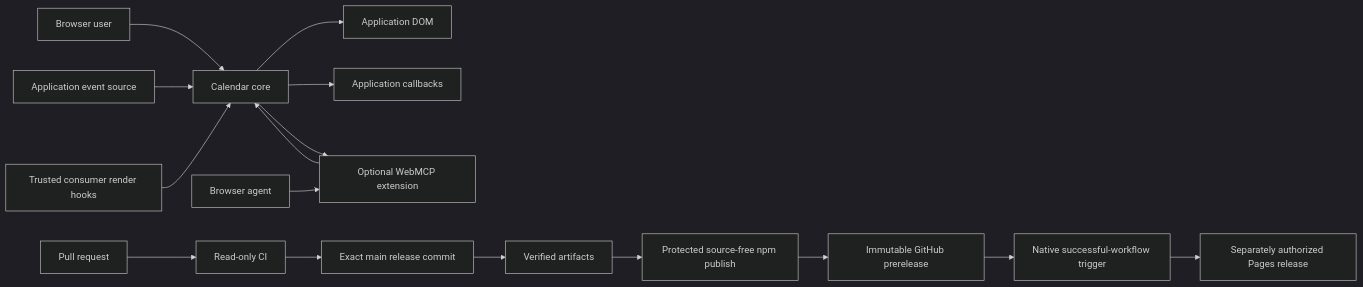
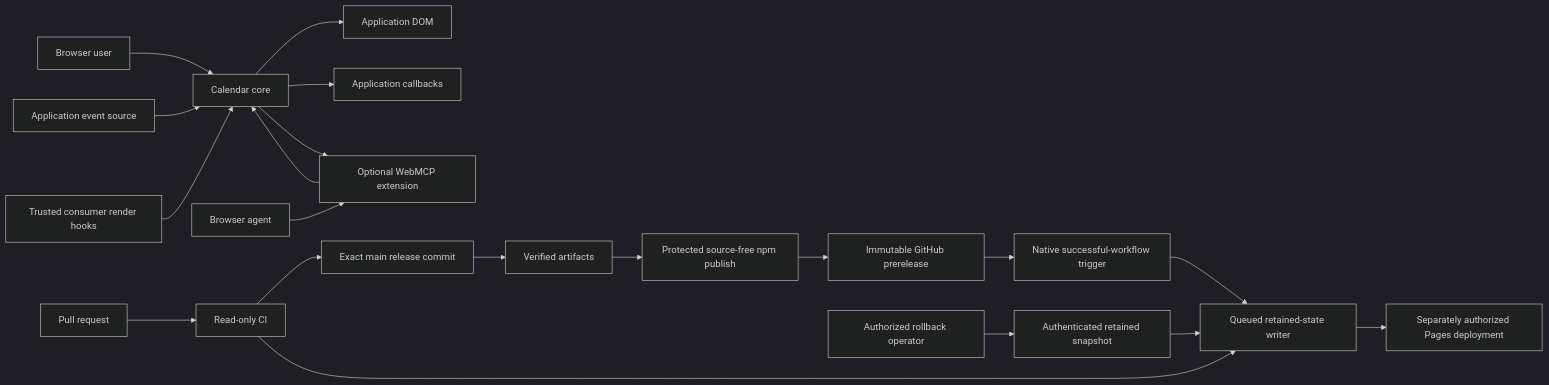
One commit to tryagaindev/litefold-calendar changed the diagram in docs/security-model.md. Above: the diagram before and after it, drawn with Mermaid (dark theme). The commit also changed other lines of this file and 17 other files, not shown here.

Commit message:
fix: repair release and harden Pages rollback

````diff
--- a/docs/security-model.md
+++ b/docs/security-model.md
@@ -45,18 +46,22 @@
 ```mermaid
 flowchart LR
   U[Browser user] --> C[Calendar core]
   S[Application event source] --> C
   C --> D[Application DOM]
   C --> A[Application callbacks]
   M[Browser agent] --> W[Optional WebMCP extension]
   W --> C
   C --> W
   E[Trusted consumer render hooks] --> C
   P[Pull request] --> V[Read-only CI]
   V --> R[Exact main release commit]
   R --> B[Verified artifacts]
   B --> N[Protected source-free npm publish]
   N --> G[Immutable GitHub prerelease]
   G --> Q[Native successful-workflow trigger]
-  Q --> H[Separately authorized Pages release]
+  V --> X[Queued retained-state writer]
+  Q --> X
+  O[Authorized rollback operator] --> T[Authenticated retained snapshot]
+  T --> X
+  X --> H[Separately authorized Pages deployment]
 ```
````
